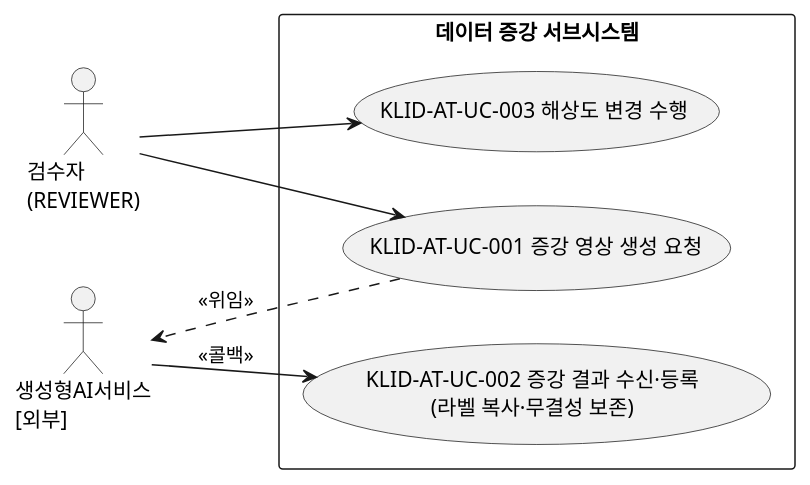
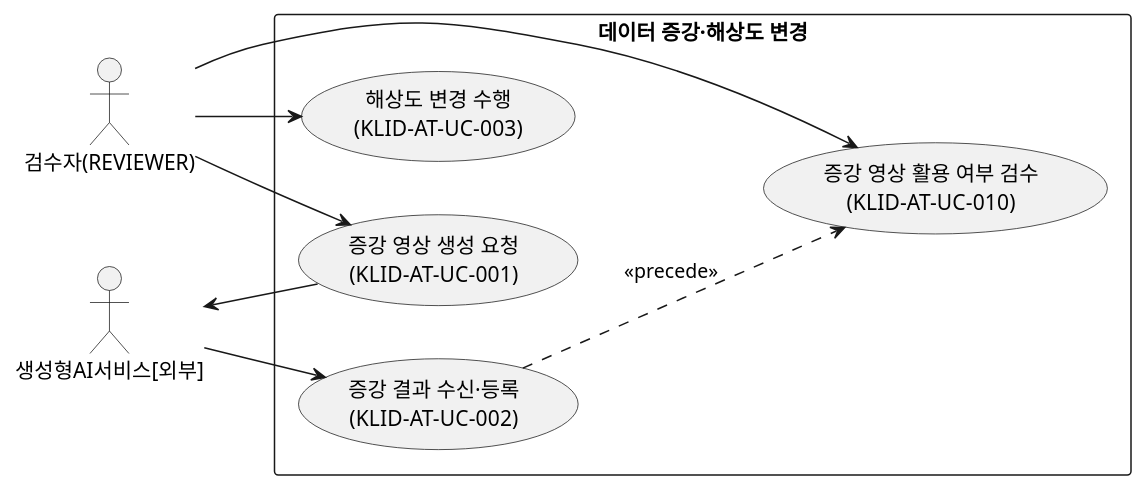
Before and after one commit to New-stella/klid-label: the first of 5 diagrams in docs/design/R2-유스케이스명세서.md, drawn with PlantUML. The commit also changed other lines of this file, not shown here.

````diff
--- a/docs/design/R2-유스케이스명세서.md
+++ b/docs/design/R2-유스케이스명세서.md
@@ -49,18 +44,19 @@
 ```plantuml
 @startuml
 left to right direction
-actor "검수자\n(REVIEWER)" as REVIEWER
-actor "생성형AI서비스\n[외부]" as GENAI
-
-rectangle "데이터 증강 서브시스템" {
-  usecase "KLID-AT-UC-001 증강 영상 생성 요청" as UC001
-  usecase "KLID-AT-UC-002 증강 결과 수신·등록\n(라벨 복사·무결성 보존)" as UC002
-  usecase "KLID-AT-UC-003 해상도 변경 수행" as UC003
+actor "검수자(REVIEWER)" as REV
+actor "생성형AI서비스[외부]" as GENAI
+rectangle "데이터 증강·해상도 변경" {
+  usecase "증강 영상 생성 요청\n(KLID-AT-UC-001)" as UC1
+  usecase "증강 결과 수신·등록\n(KLID-AT-UC-002)" as UC2
+  usecase "해상도 변경 수행\n(KLID-AT-UC-003)" as UC3
+  usecase "증강 영상 활용 여부 검수\n(KLID-AT-UC-010)" as UC10
 }
-
-REVIEWER --> UC001
-REVIEWER --> UC003
-UC001 ..> GENAI : <<위임>>
-GENAI --> UC002 : <<콜백>>
+REV --> UC1
+REV --> UC3
+REV --> UC10
+UC1 --> GENAI
+GENAI --> UC2
+UC2 ..> UC10 : <<precede>>
 @enduml
 ```
````
